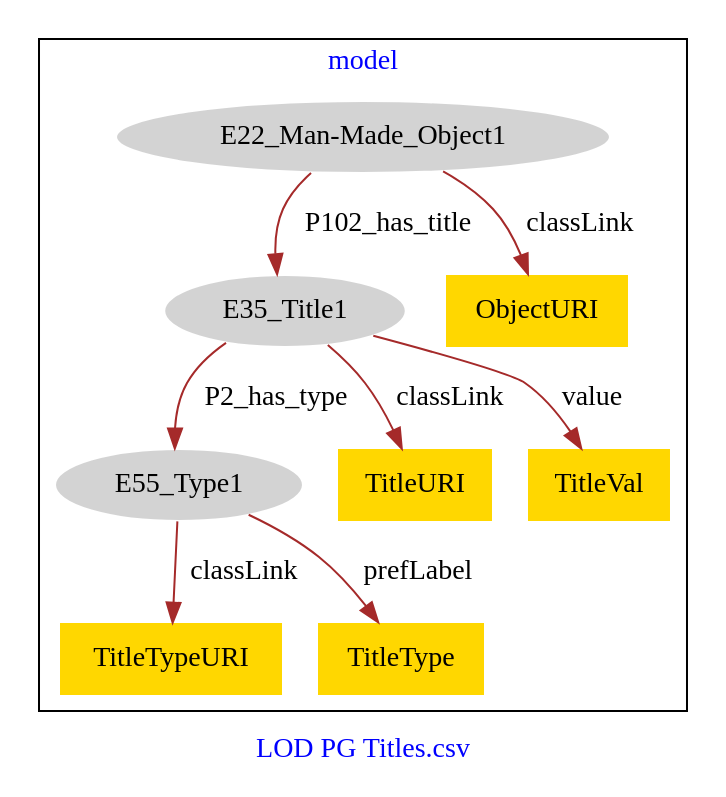
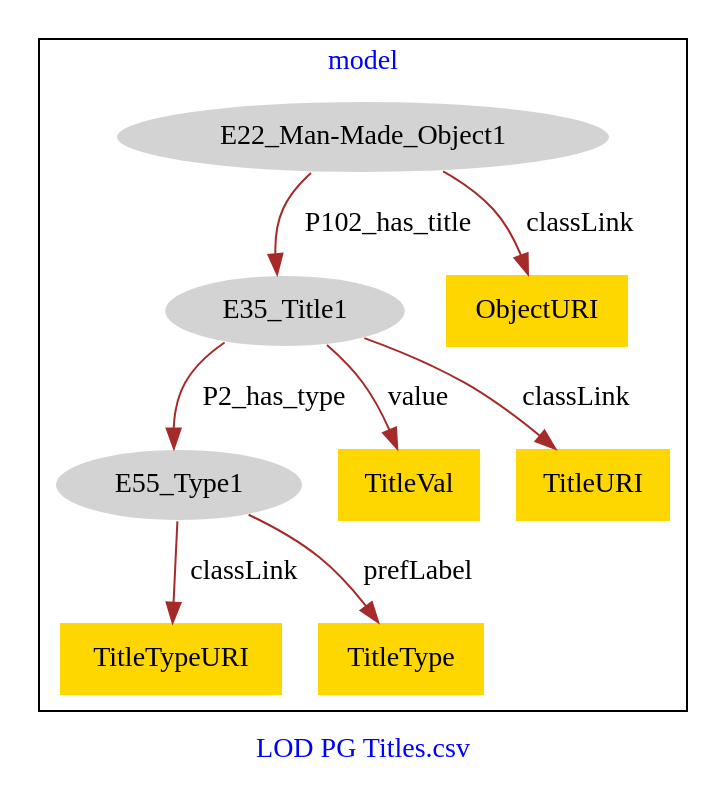
Before and after one commit to american-art/cbm: the diagram in PG_Titles/PG_OtherTitles-model.dot, drawn with Graphviz.

Commit message:
Update file PG_OtherTitles-model.dot

```diff
--- a/PG_Titles/PG_OtherTitles-model.dot
+++ b/PG_Titles/PG_OtherTitles-model.dot
@@ -1,23 +1,23 @@
 digraph n0 {
 fontcolor="blue"
 remincross="true"
 label="LOD PG Titles.csv"
 subgraph cluster {
 label="model"
 n2[style="filled",color="white",fillcolor="lightgray",label="E22_Man-Made_Object1"];
 n3[style="filled",color="white",fillcolor="lightgray",label="E35_Title1"];
 n4[style="filled",color="white",fillcolor="lightgray",label="E55_Type1"];
 n5[shape="plaintext",style="filled",fillcolor="gold",label="TitleTypeURI"];
-n6[shape="plaintext",style="filled",fillcolor="gold",label="TitleURI"];
-n7[shape="plaintext",style="filled",fillcolor="gold",label="TitleVal"];
+n6[shape="plaintext",style="filled",fillcolor="gold",label="TitleVal"];
+n7[shape="plaintext",style="filled",fillcolor="gold",label="TitleURI"];
 n8[shape="plaintext",style="filled",fillcolor="gold",label="ObjectURI"];
 n9[shape="plaintext",style="filled",fillcolor="gold",label="TitleType"];
 }
 n2 -> n3[color="brown",fontcolor="black",label="P102_has_title"]
 n3 -> n4[color="brown",fontcolor="black",label="P2_has_type"]
 n4 -> n5[color="brown",fontcolor="black",label="classLink"]
-n3 -> n6[color="brown",fontcolor="black",label="classLink"]
-n3 -> n7[color="brown",fontcolor="black",label="value"]
+n3 -> n6[color="brown",fontcolor="black",label="value"]
+n3 -> n7[color="brown",fontcolor="black",label="classLink"]
 n2 -> n8[color="brown",fontcolor="black",label="classLink"]
 n4 -> n9[color="brown",fontcolor="black",label="prefLabel"]
 }
```
